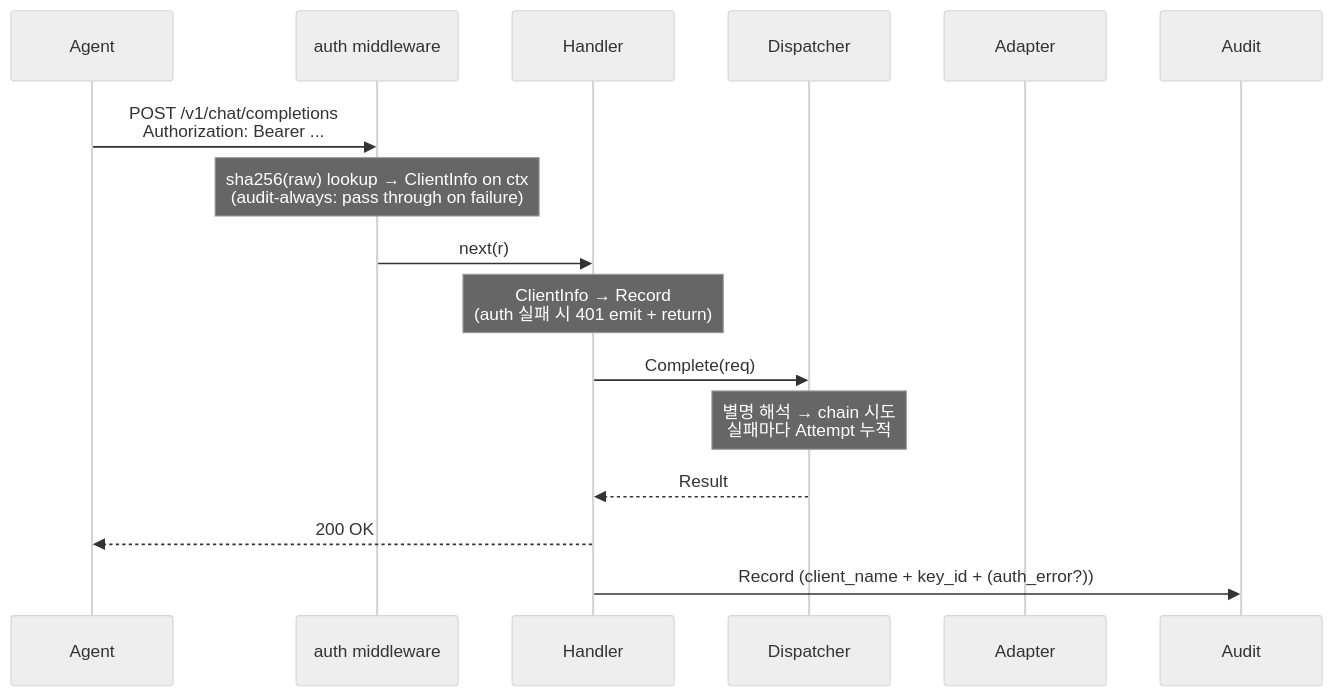
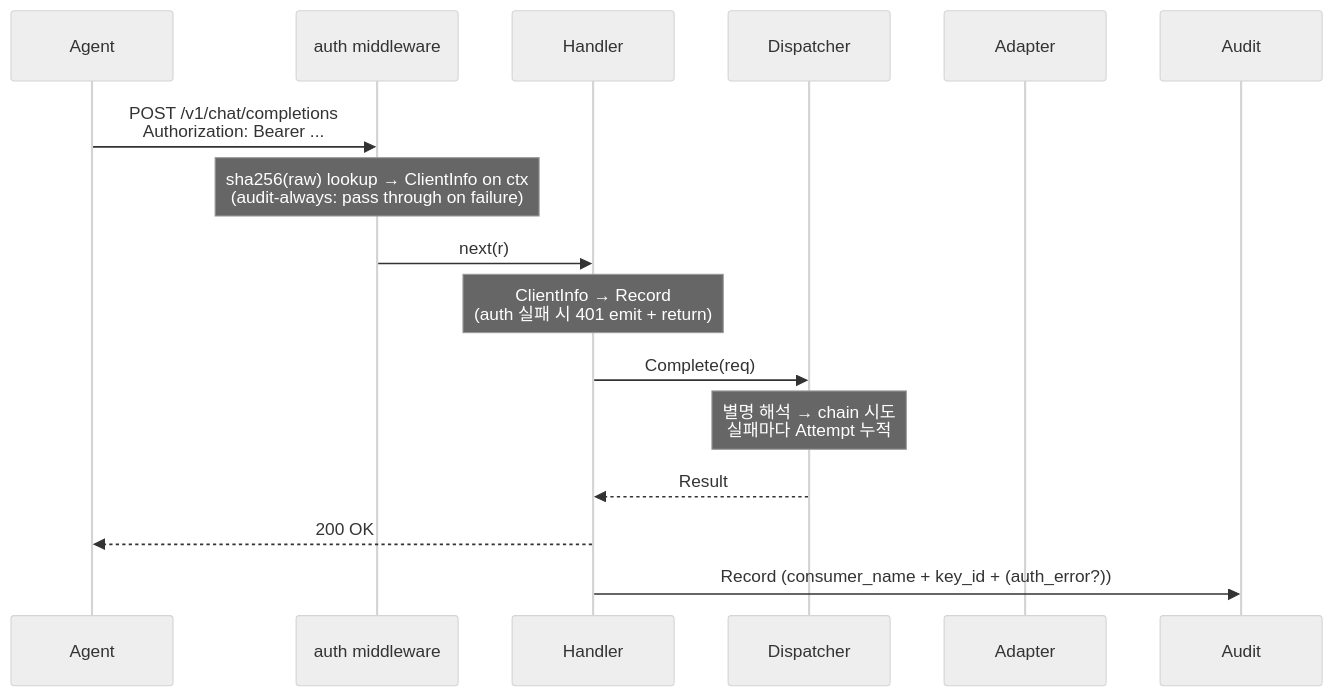
Before and after one commit to cagojeiger/llmgate: the fourth of 4 diagrams in docs/architecture.md, drawn with Mermaid (neutral theme). The commit also changed other lines of this file and 16 other files, not shown here.

````diff
--- a/docs/architecture.md
+++ b/docs/architecture.md
@@ -196,19 +196,19 @@
 ```mermaid
 sequenceDiagram
     participant A as Agent
     participant M as auth middleware
     participant H as Handler
     participant R as Dispatcher
     participant P as Adapter
     participant Au as Audit
 
     A->>M: POST /v1/chat/completions<br/>Authorization: Bearer ...
     Note over M: sha256(raw) lookup → ClientInfo on ctx<br/>(audit-always: pass through on failure)
     M->>H: next(r)
     Note over H: ClientInfo → Record<br/>(auth 실패 시 401 emit + return)
     H->>R: Complete(req)
     Note over R: 별명 해석 → chain 시도<br/>실패마다 Attempt 누적
     R-->>H: Result
     H-->>A: 200 OK
-    H->>Au: Record (client_name + key_id + (auth_error?))
+    H->>Au: Record (consumer_name + key_id + (auth_error?))
 ```
````
